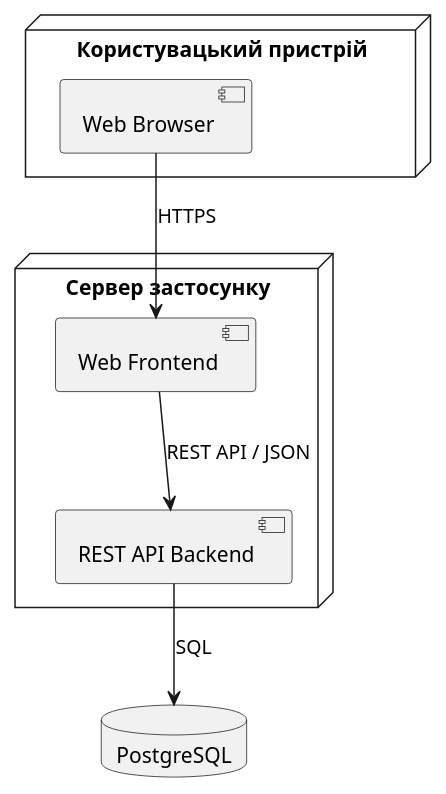
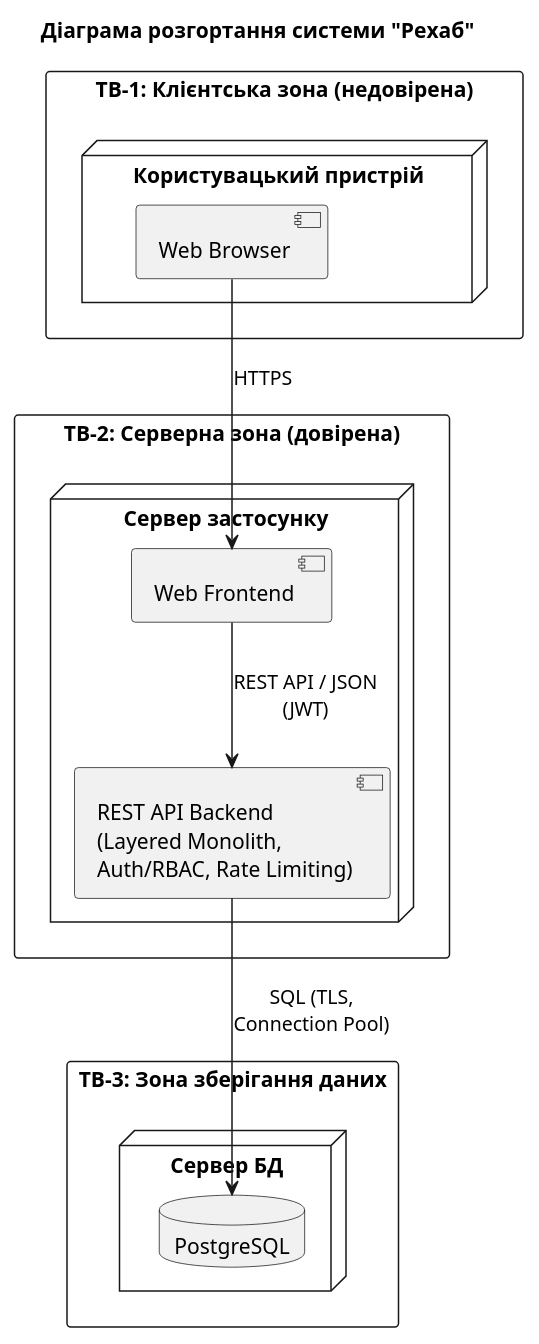
One commit to ukma-fin-ssdm-2026/Rehab changed the diagram in docs/architecture/uml/deployment-diagram.puml. Above: the diagram before and after it, drawn with PlantUML.

Commit message:
Update deployment-diagram.puml
Updated deployment diagram to include detailed zones and components.

```diff
--- a/docs/architecture/uml/deployment-diagram.puml
+++ b/docs/architecture/uml/deployment-diagram.puml
@@ -1,16 +1,26 @@
 @startuml
-node "Користувацький пристрій" {
-  component "Web Browser" as Browser
+title Діаграма розгортання системи "Рехаб"
+
+rectangle "ТВ-1: Клієнтська зона (недовірена)" {
+  node "Користувацький пристрій" {
+    component "Web Browser" as Browser
+  }
 }
 
-node "Сервер застосунку" {
-  component "Web Frontend" as Front
-  component "REST API Backend" as API
+rectangle "ТВ-2: Серверна зона (довірена)" {
+  node "Сервер застосунку" {
+    component "Web Frontend" as Front
+    component "REST API Backend\n(Layered Monolith,\nAuth/RBAC, Rate Limiting)" as API
+  }
 }
 
-database "PostgreSQL" as DB
+rectangle "ТВ-3: Зона зберігання даних" {
+  node "Сервер БД" {
+    database "PostgreSQL" as DB
+  }
+}
 
 Browser --> Front : HTTPS
-Front --> API : REST API / JSON
-API --> DB : SQL
+Front --> API : REST API / JSON\n(JWT)
+API --> DB : SQL (TLS,\nConnection Pool)
 @enduml
```
